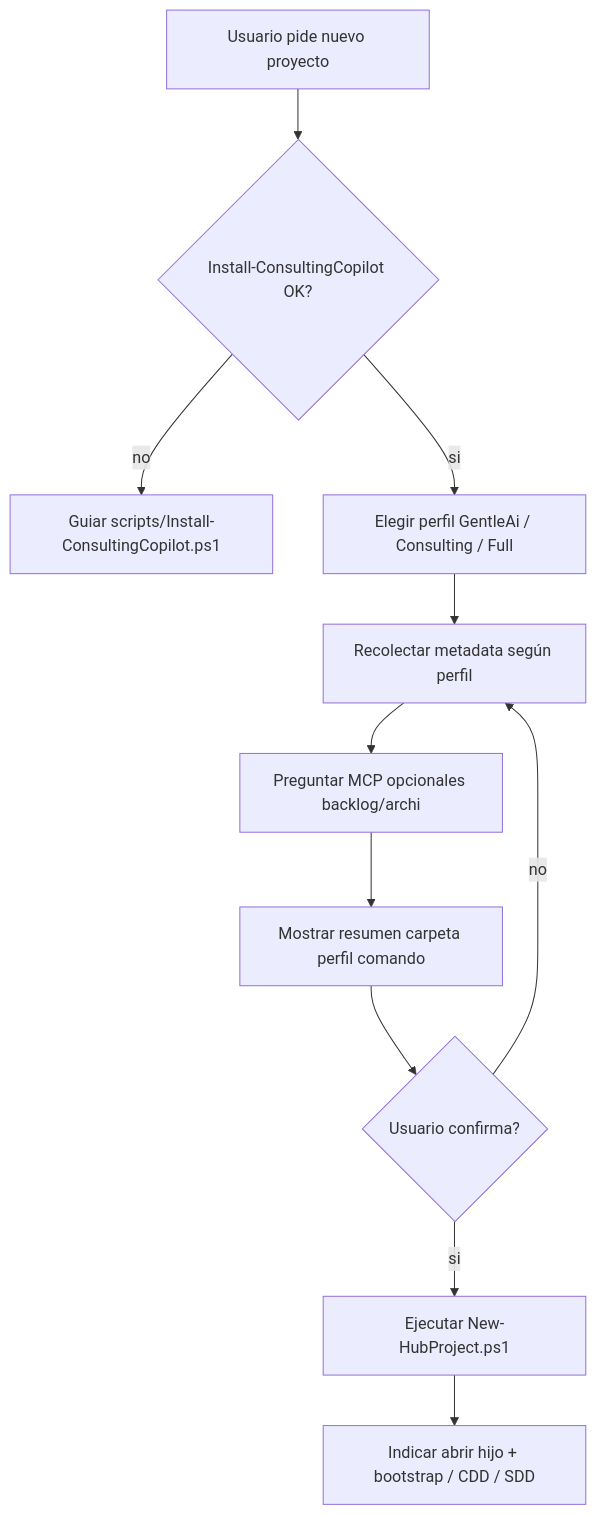
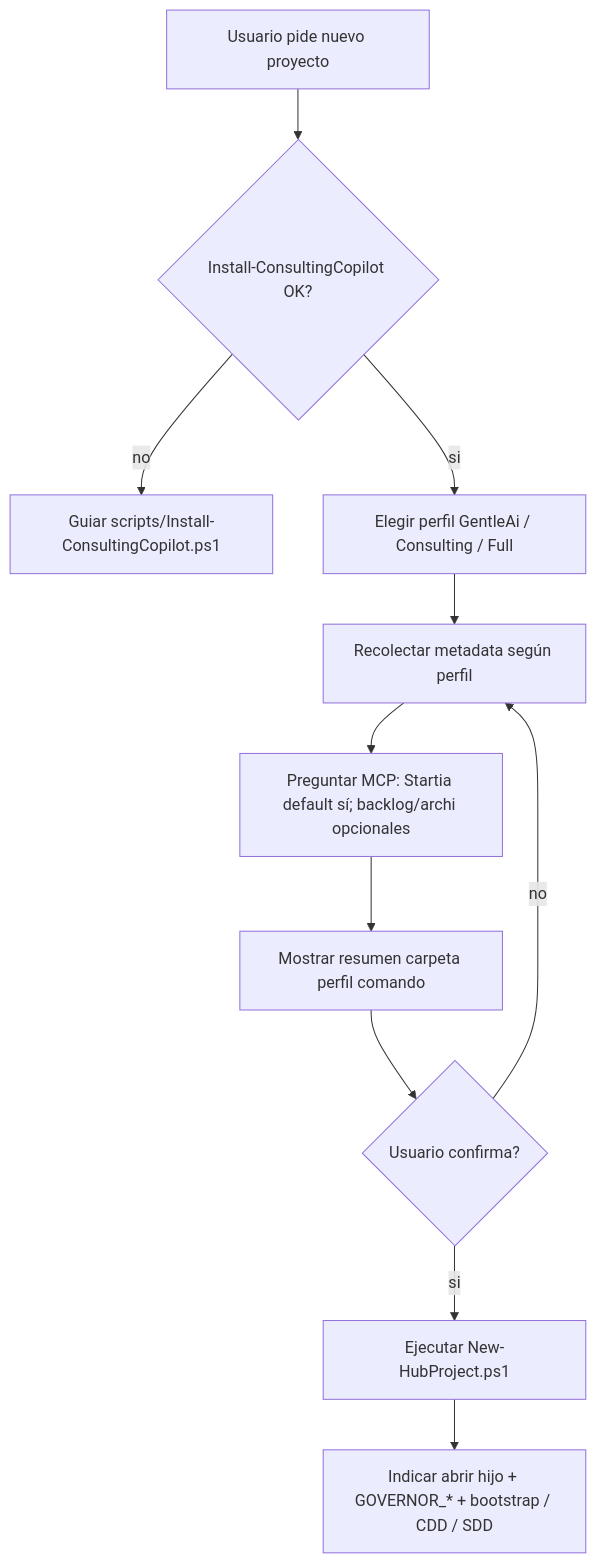
The diagram in .cursor/skills/create-ingenia-project/SKILL.md (jpiturralde/hub-projects-ia), drawn with Mermaid before and after one commit. The commit also changed other lines of this file and 29 other files, not shown here.

First line of the commit message:
feat(hub): emit Startia MCP by default and govern skeleton wrappers

````diff
--- a/.cursor/skills/create-ingenia-project/SKILL.md
+++ b/.cursor/skills/create-ingenia-project/SKILL.md
@@ -26,13 +26,13 @@
 ```mermaid
 flowchart TD
   start[Usuario pide nuevo proyecto] --> prereq{Install-ConsultingCopilot OK?}
   prereq -->|no| install[Guiar scripts/Install-ConsultingCopilot.ps1]
   prereq -->|si| profile[Elegir perfil GentleAi / Consulting / Full]
   profile --> meta[Recolectar metadata según perfil]
-  meta --> mcp[Preguntar MCP opcionales backlog/archi]
+  meta --> mcp[Preguntar MCP: Startia default sí; backlog/archi opcionales]
   mcp --> preview[Mostrar resumen carpeta perfil comando]
   preview --> confirm{Usuario confirma?}
   confirm -->|si| run[Ejecutar New-HubProject.ps1]
   confirm -->|no| meta
-  run --> handoff[Indicar abrir hijo + bootstrap / CDD / SDD]
+  run --> handoff[Indicar abrir hijo + GOVERNOR_* + bootstrap / CDD / SDD]
 ```
````
